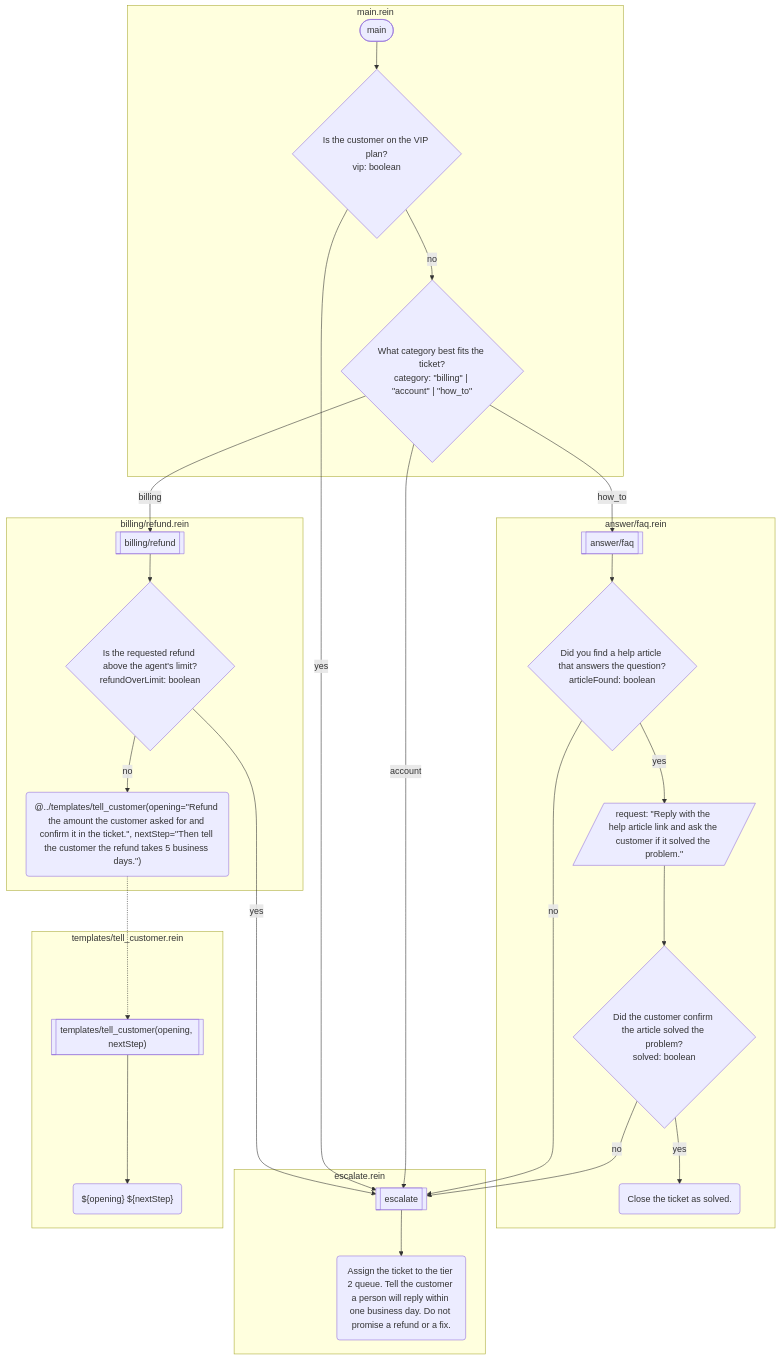
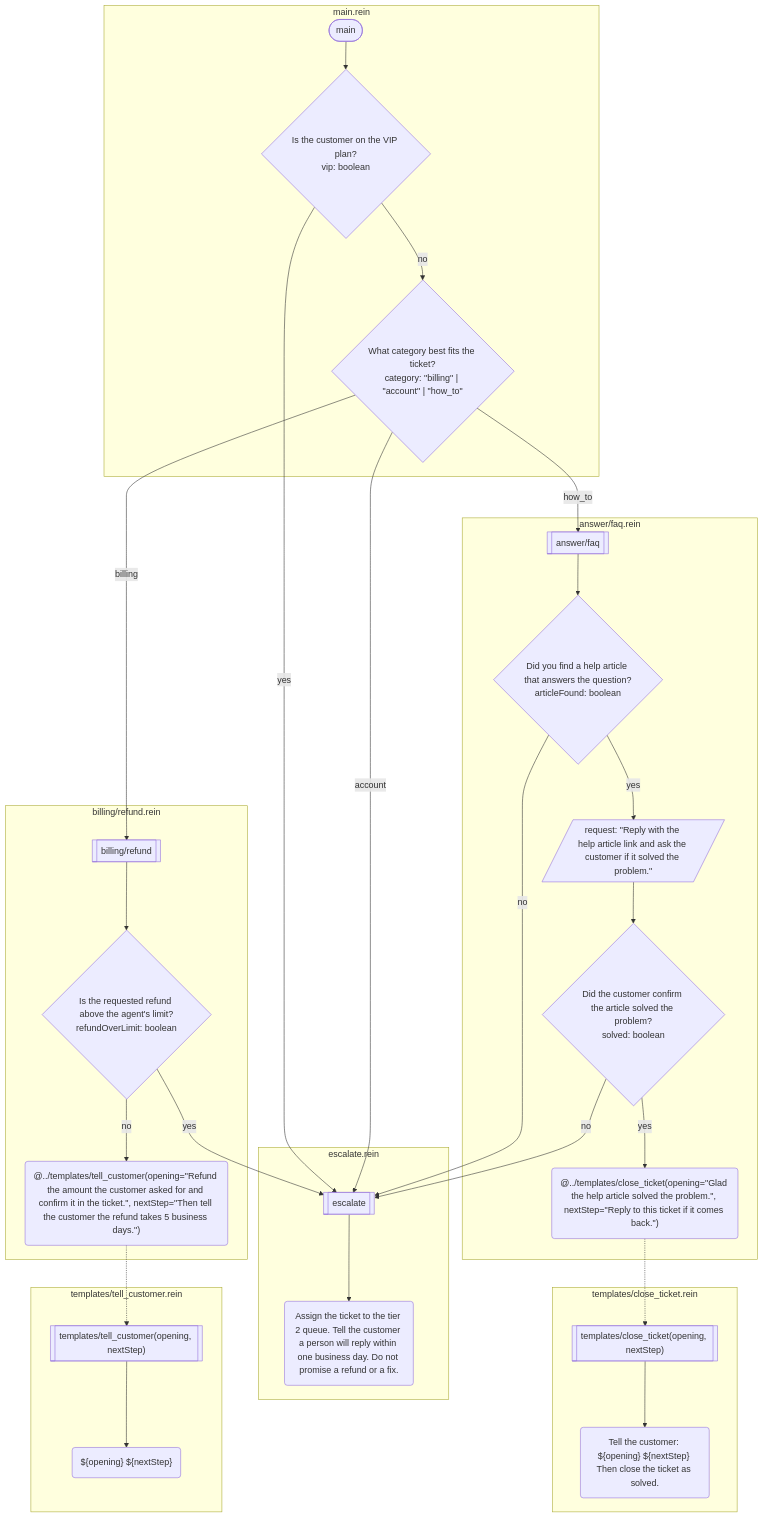
One commit to rein-lang/rein-lang.com changed the diagram in docs/examples/support-ticket.md. Above: the diagram before and after it, drawn with Mermaid. The commit also changed other lines of this file, not shown here.

Commit message:
feat: one parameter per function; inline and shared structs (#6)
* feat(core): one parameter per function, inline and shared structs

A function takes zero or one parameter: a scalar or a destructured
struct. An inline interface lives in the function's file and cannot be
exported. A shared struct is a <name>.struct.rein file that exports
only that interface; functions name it as ({ a, b }: @./name).
std delegate now takes an inline struct.

* feat(lsp): hover, definition, references, rename and symbols for structs

* feat(examples): move parameters into structs; add a shared message struct

support-ticket gets templates/message.struct.rein, used by
tell_customer and a new close_ticket template. Tests, graph snapshots
and the generated example pages follow.

* docs: spec the one-parameter rule and structs; record the design choices

---------

````diff
--- a/docs/examples/support-ticket.md
+++ b/docs/examples/support-ticket.md
@@ -11,46 +11,52 @@
 ```mermaid
 flowchart TD
     subgraph s0 ["answer/faq.rein"]
         f0[["answer/faq"]]
         f0_0{"Did you find a help article that answers the question?<br/>articleFound: boolean"}
         f0_1[/"request: #quot;Reply with the help article link and ask the customer if it solved the problem.#quot;"/]
         f0_2{"Did the customer confirm the article solved the problem?<br/>solved: boolean"}
-        f0_3("Close the ticket as solved.")
+        f0_3("@../templates/close_ticket(opening=#quot;Glad the help article solved the problem.#quot;, nextStep=#quot;Reply to this ticket if it comes back.#quot;)")
     end
     subgraph s1 ["billing/refund.rein"]
         f1[["billing/refund"]]
         f1_0{"Is the requested refund above the agent's limit?<br/>refundOverLimit: boolean"}
         f1_1("@../templates/tell_customer(opening=#quot;Refund the amount the customer asked for and confirm it in the ticket.#quot;, nextStep=#quot;Then tell the customer the refund takes 5 business days.#quot;)")
     end
     subgraph s2 ["escalate.rein"]
         f2[["escalate"]]
         f2_0("Assign the ticket to the tier 2 queue. Tell the customer a person will reply within one business day. Do not promise a refund or a fix.")
     end
     subgraph s3 ["main.rein"]
         f3(["main"])
         f3_0{"Is the customer on the VIP plan?<br/>vip: boolean"}
         f3_1{"What category best fits the ticket?<br/>category: #quot;billing#quot; | #quot;account#quot; | #quot;how_to#quot;"}
     end
-    subgraph s4 ["templates/tell_customer.rein"]
-        f4[["templates/tell_customer(opening, nextStep)"]]
-        f4_0("${opening} ${nextStep}")
+    subgraph s4 ["templates/close_ticket.rein"]
+        f4[["templates/close_ticket(opening, nextStep)"]]
+        f4_0("Tell the customer: ${opening} ${nextStep} Then close the ticket as solved.")
+    end
+    subgraph s5 ["templates/tell_customer.rein"]
+        f5[["templates/tell_customer(opening, nextStep)"]]
+        f5_0("${opening} ${nextStep}")
     end
     f0 --> f0_0
     f0_0 -->|"no"| f2
     f0_0 -->|"yes"| f0_1
     f0_1 --> f0_2
     f0_2 -->|"yes"| f0_3
+    f0_3 -.-> f4
     f0_2 -->|"no"| f2
     f1 --> f1_0
     f1_0 -->|"yes"| f2
     f1_0 -->|"no"| f1_1
-    f1_1 -.-> f4
+    f1_1 -.-> f5
     f2 --> f2_0
     f3 --> f3_0
     f3_0 -->|"yes"| f2
     f3_0 -->|"no"| f3_1
     f3_1 -->|"billing"| f1
     f3_1 -->|"account"| f2
     f3_1 -->|"how_to"| f0
     f4 --> f4_0
+    f5 --> f5_0
 ```
````
